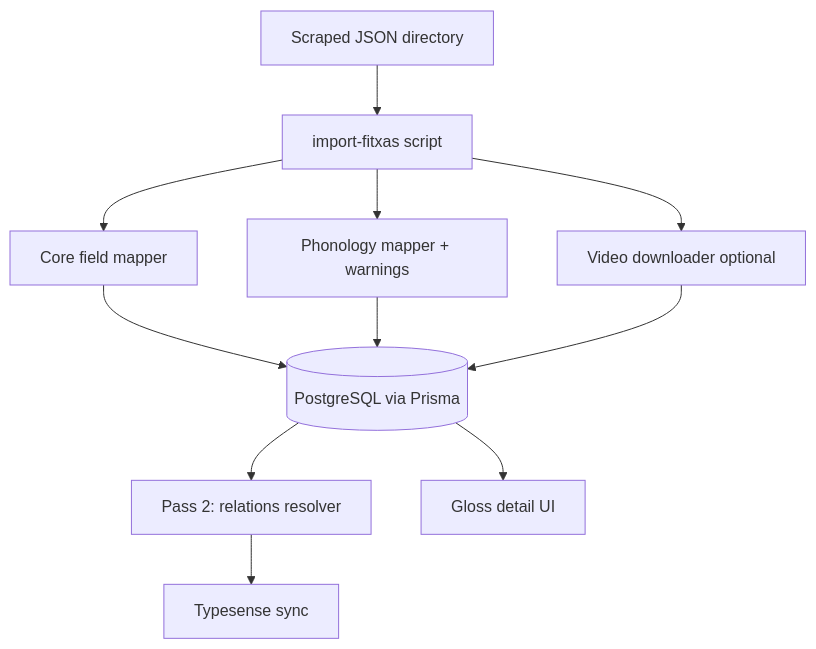
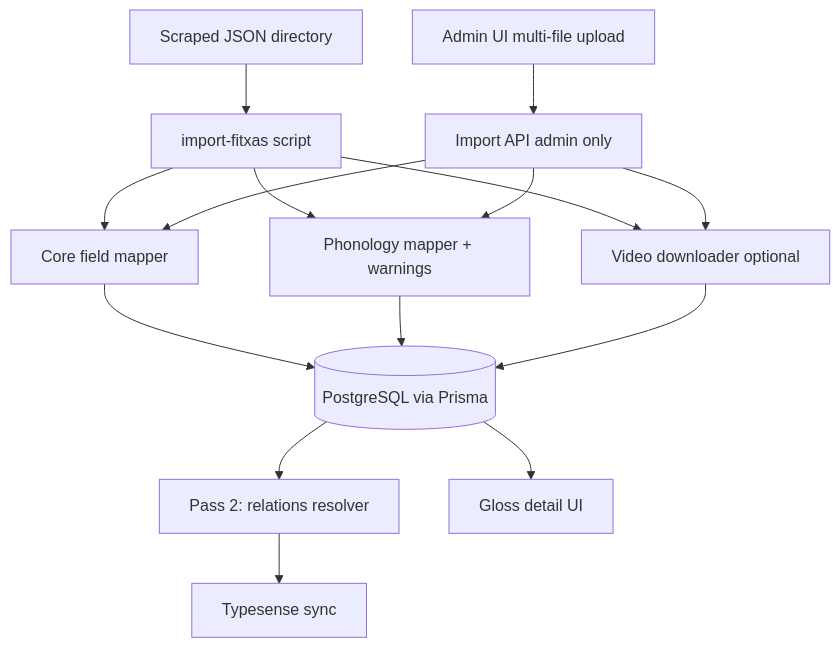
One commit to upf-gti/SignBank changed the diagram in docs/fitxas-import-plan.md. Above: the diagram before and after it, drawn with Mermaid. The commit also changed other lines of this file and 20 other files, not shown here.

````diff
--- a/docs/fitxas-import-plan.md
+++ b/docs/fitxas-import-plan.md
@@ -297,13 +141,17 @@
 ```mermaid
 flowchart TD
     A[Scraped JSON directory] --> B[import-fitxas script]
-    B --> C[Core field mapper]
-    B --> D[Phonology mapper + warnings]
-    B --> E[Video downloader optional]
-    C --> F[(PostgreSQL via Prisma)]
+    C[Admin UI multi-file upload] --> D[Import API admin only]
+    B --> E[Core field mapper]
+    D --> E
+    B --> F[Phonology mapper + warnings]
     D --> F
-    E --> F
-    F --> G[Pass 2: relations resolver]
-    G --> H[Typesense sync]
-    F --> I[Gloss detail UI]
+    B --> G[Video downloader optional]
+    D --> G
+    E --> H[(PostgreSQL via Prisma)]
+    F --> H
+    G --> H
+    H --> I[Pass 2: relations resolver]
+    I --> J[Typesense sync]
+    H --> K[Gloss detail UI]
 ```
````
